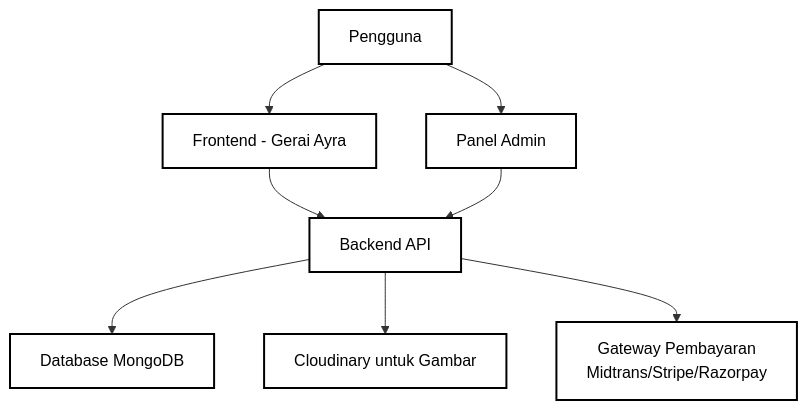
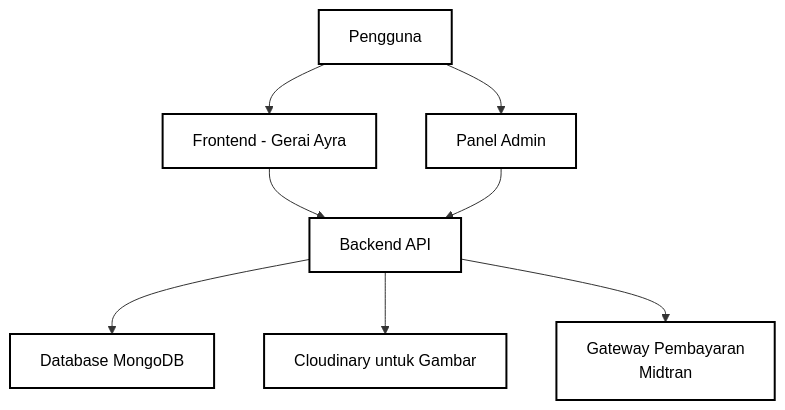
One commit to Grinti123/gerai-ayra-fullstack changed the first of 8 diagrams in flowchart.md. Above: the diagram before and after it, drawn with Mermaid.

````diff
--- a/flowchart.md
+++ b/flowchart.md
@@ -5,13 +5,13 @@
 ```mermaid
 graph TD
     A[ Pengguna ] --> B[Frontend - Gerai Ayra]
     A --> C[Panel Admin]
     B --> D[Backend API]
     C --> D
     D --> E[Database MongoDB]
     D --> F[Cloudinary untuk Gambar]
-    D --> G[Gateway Pembayaran<br/>Midtrans/Stripe/Razorpay]
+    D --> G[Gateway Pembayaran<br/>Midtran]
 
     classDef default fill:#ffffff,stroke:#000000,stroke-width:2px,color:#000000
     class A,B,C,D,E,F,G default
 ```
````
